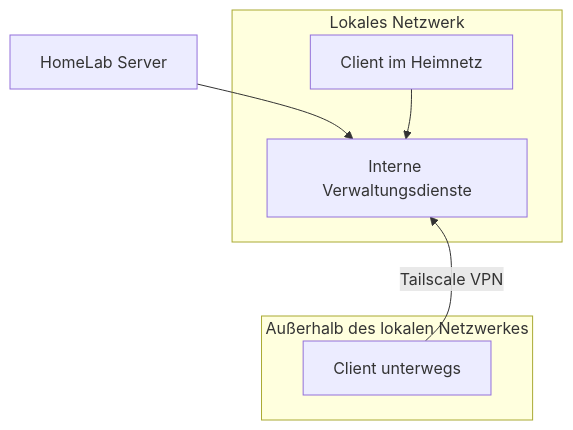
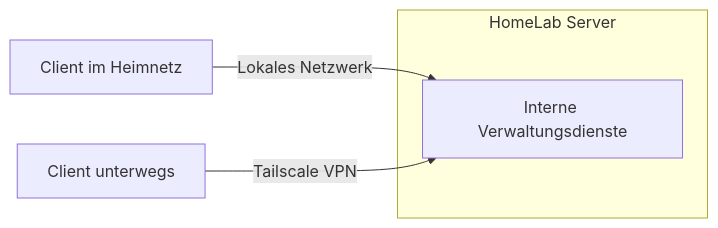
One commit to msortin13x/homelab-doku changed the second of 2 diagrams in README.md. Above: the diagram before and after it, drawn with Mermaid. The commit also changed other lines of this file and 6 other files, not shown here.

````diff
--- a/README.md
+++ b/README.md
@@ -68,14 +72,9 @@
 ```mermaid
-flowchart TD
-      C[HomeLab Server] --> G[Interne Verwaltungsdienste]
-      
-      Lokal ~~~ Extern
+flowchart LR
+    H[Client im Heimnetz] -->|Lokales Netzwerk| G
+    I[Client unterwegs] -->|Tailscale VPN| G
 
-      subgraph Lokal["Lokales Netzwerk"]
-            H[Client im Heimnetz] --> G
-      end
-
-      subgraph Extern["Außerhalb des lokalen Netzwerkes"]
-            I[Client unterwegs] --> |Tailscale VPN| G
-      end
+    subgraph Server["HomeLab Server"]
+        G[Interne Verwaltungsdienste]
+    end
 ```
````
